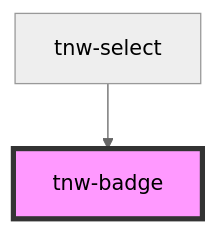
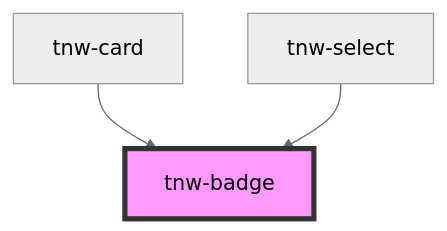
The diagram in packages/stencil-library/src/components/tnw-badge/readme.md (technway/technway-component-library), drawn with Mermaid (neutral theme) before and after one commit. The commit also changed other lines of this file and 18 other files, not shown here.

Commit message:
feat(tnw-card): implement new props and fix styling issues

````diff
--- a/packages/stencil-library/src/components/tnw-badge/readme.md
+++ b/packages/stencil-library/src/components/tnw-badge/readme.md
@@ -82,5 +83,6 @@
 ```mermaid
 graph TD;
+  tnw-card --> tnw-badge
   tnw-select --> tnw-badge
   style tnw-badge fill:#f9f,stroke:#333,stroke-width:4px
 ```
````
